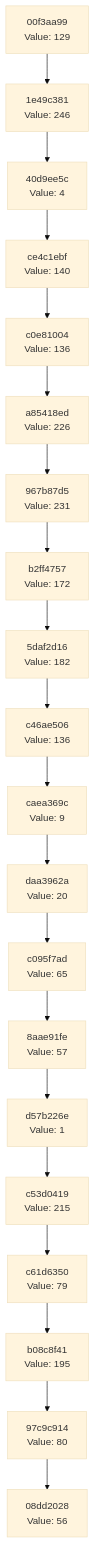
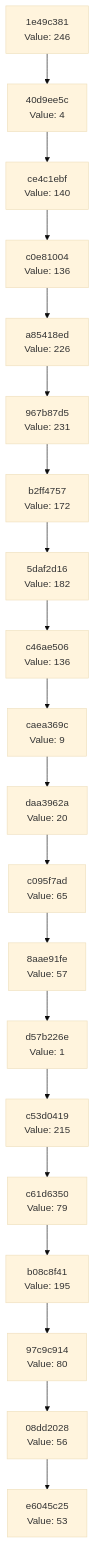
One commit to Abhisheksinha1506/hash-chain-evolver changed the diagram in docs/CHAIN_VISUALIZATION.md. Above: the diagram before and after it, drawn with Mermaid (base theme). The commit also changed 2 other files, not shown here.

Commit message:
Evolution step: hash 0x35 → action executed

````diff
--- a/docs/CHAIN_VISUALIZATION.md
+++ b/docs/CHAIN_VISUALIZATION.md
@@ -3,42 +3,42 @@
 ```mermaid
 graph TD
-    C0["08dd2028<br/>Value: 56"]
-    C1["97c9c914<br/>Value: 80"]
+    C0["e6045c25<br/>Value: 53"]
+    C1["08dd2028<br/>Value: 56"]
     C1 --> C0
-    C2["b08c8f41<br/>Value: 195"]
+    C2["97c9c914<br/>Value: 80"]
     C2 --> C1
-    C3["c61d6350<br/>Value: 79"]
+    C3["b08c8f41<br/>Value: 195"]
     C3 --> C2
-    C4["c53d0419<br/>Value: 215"]
+    C4["c61d6350<br/>Value: 79"]
     C4 --> C3
-    C5["d57b226e<br/>Value: 1"]
+    C5["c53d0419<br/>Value: 215"]
     C5 --> C4
-    C6["8aae91fe<br/>Value: 57"]
+    C6["d57b226e<br/>Value: 1"]
     C6 --> C5
-    C7["c095f7ad<br/>Value: 65"]
+    C7["8aae91fe<br/>Value: 57"]
     C7 --> C6
-    C8["daa3962a<br/>Value: 20"]
+    C8["c095f7ad<br/>Value: 65"]
     C8 --> C7
-    C9["caea369c<br/>Value: 9"]
+    C9["daa3962a<br/>Value: 20"]
     C9 --> C8
-    C10["c46ae506<br/>Value: 136"]
+    C10["caea369c<br/>Value: 9"]
     C10 --> C9
-    C11["5daf2d16<br/>Value: 182"]
+    C11["c46ae506<br/>Value: 136"]
     C11 --> C10
-    C12["b2ff4757<br/>Value: 172"]
+    C12["5daf2d16<br/>Value: 182"]
     C12 --> C11
-    C13["967b87d5<br/>Value: 231"]
+    C13["b2ff4757<br/>Value: 172"]
     C13 --> C12
-    C14["a85418ed<br/>Value: 226"]
+    C14["967b87d5<br/>Value: 231"]
     C14 --> C13
-    C15["c0e81004<br/>Value: 136"]
+    C15["a85418ed<br/>Value: 226"]
     C15 --> C14
-    C16["ce4c1ebf<br/>Value: 140"]
+    C16["c0e81004<br/>Value: 136"]
     C16 --> C15
-    C17["40d9ee5c<br/>Value: 4"]
+    C17["ce4c1ebf<br/>Value: 140"]
     C17 --> C16
-    C18["1e49c381<br/>Value: 246"]
+    C18["40d9ee5c<br/>Value: 4"]
     C18 --> C17
-    C19["00f3aa99<br/>Value: 129"]
+    C19["1e49c381<br/>Value: 246"]
     C19 --> C18
 ```
````
